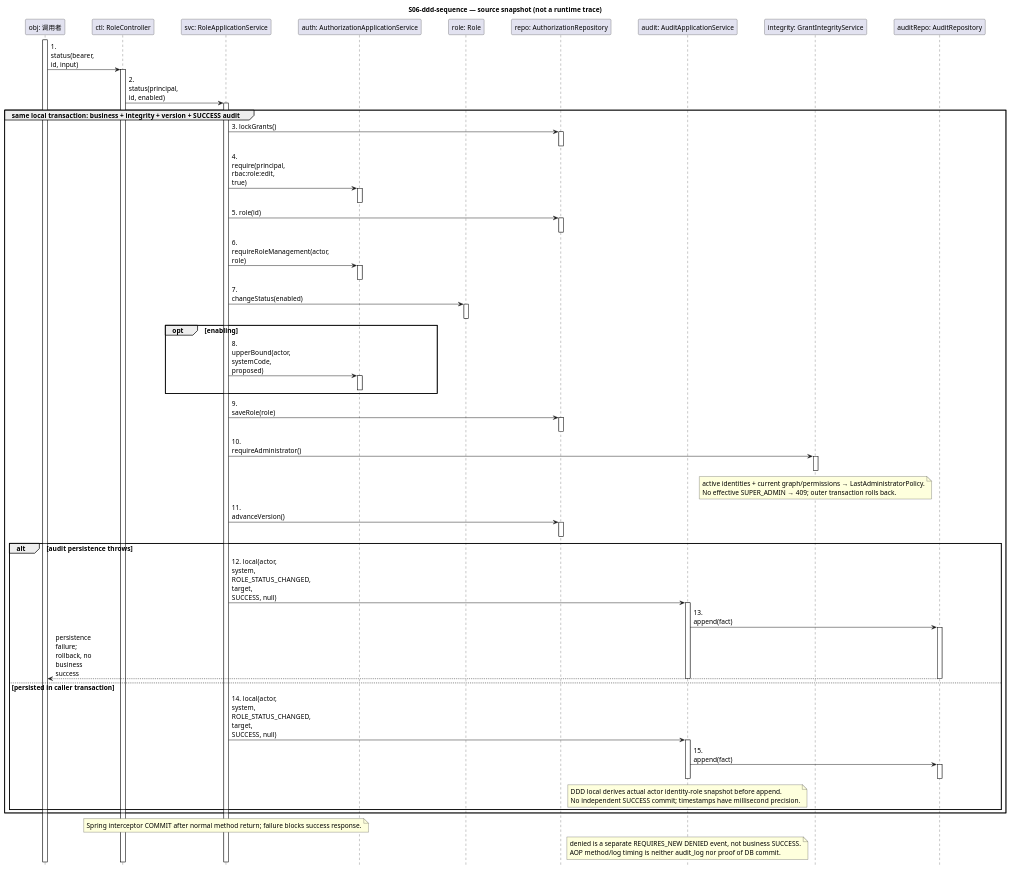
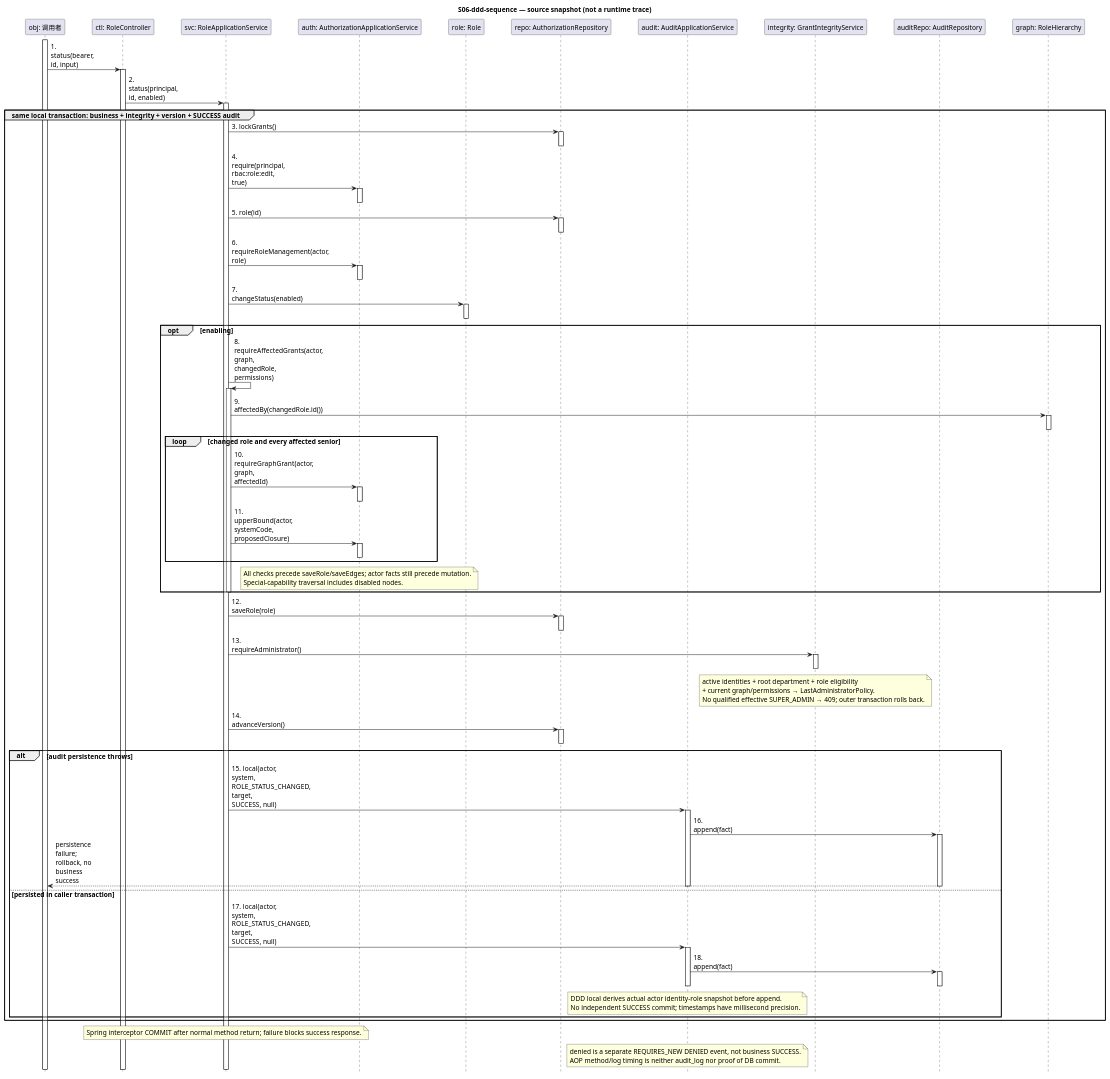
One commit to tang-new/OOAD changed the diagram in docs/design/S06-ddd-sequence.puml. Above: the diagram before and after it, drawn with PlantUML. The commit also changed 22 other files, not shown here.

Commit message:
[C/I5] docs: record scoped regression evidence and synchronize role diagrams

```diff
--- a/docs/design/S06-ddd-sequence.puml
+++ b/docs/design/S06-ddd-sequence.puml
@@ -1,89 +1,106 @@
 @startuml
 hide footbox
 skinparam defaultFontName Microsoft YaHei
 skinparam defaultFontSize 14
 skinparam ParticipantPadding 24
 skinparam BoxPadding 12
 skinparam sequenceMessageAlign left
 skinparam maxMessageSize 100
 title S06-ddd-sequence — source snapshot (not a runtime trace)
 participant "obj: 调用者" as obj
 participant "ctl: RoleController" as ctl
 participant "svc: RoleApplicationService" as svc
 participant "auth: AuthorizationApplicationService" as auth
 participant "role: Role" as role
 participant "repo: AuthorizationRepository" as repo
 participant "audit: AuditApplicationService" as audit
 participant "integrity: GrantIntegrityService" as integrity
 participant "auditRepo: AuditRepository" as auditRepo
+participant "graph: RoleHierarchy" as graph
 activate obj
 obj -> ctl: 1. status(bearer, id, input)
 activate ctl
 ctl -> svc: 2. status(principal, id, enabled)
 activate svc
 group same local transaction: business + integrity + version + SUCCESS audit
 svc -> repo: 3. lockGrants()
 activate repo
 deactivate repo
 svc -> auth: 4. require(principal, rbac:role:edit, true)
 activate auth
 deactivate auth
 svc -> repo: 5. role(id)
 activate repo
 deactivate repo
 svc -> auth: 6. requireRoleManagement(actor, role)
 activate auth
 deactivate auth
 svc -> role: 7. changeStatus(enabled)
 activate role
 deactivate role
 opt enabling
-svc -> auth: 8. upperBound(actor, systemCode, proposed)
+svc -> svc: 8. requireAffectedGrants(actor, graph, changedRole, permissions)
+activate svc
+svc -> graph: 9. affectedBy(changedRole.id())
+activate graph
+deactivate graph
+loop changed role and every affected senior
+svc -> auth: 10. requireGraphGrant(actor, graph, affectedId)
+activate auth
+deactivate auth
+svc -> auth: 11. upperBound(actor, systemCode, proposedClosure)
 activate auth
 deactivate auth
 end
-svc -> repo: 9. saveRole(role)
+note over auth
+All checks precede saveRole/saveEdges; actor facts still precede mutation.
+Special-capability traversal includes disabled nodes.
+end note
+deactivate svc
+end
+svc -> repo: 12. saveRole(role)
 activate repo
 deactivate repo
-svc -> integrity: 10. requireAdministrator()
+svc -> integrity: 13. requireAdministrator()
 activate integrity
 deactivate integrity
 note over integrity
-active identities + current graph/permissions → LastAdministratorPolicy.
-No effective SUPER_ADMIN → 409; outer transaction rolls back.
+active identities + root department + role eligibility
++ current graph/permissions → LastAdministratorPolicy.
+No qualified effective SUPER_ADMIN → 409; outer transaction rolls back.
 end note
-svc -> repo: 11. advanceVersion()
+svc -> repo: 14. advanceVersion()
 activate repo
 deactivate repo
 alt audit persistence throws
-svc -> audit: 12. local(actor, system, ROLE_STATUS_CHANGED, target, SUCCESS, null)
+svc -> audit: 15. local(actor, system, ROLE_STATUS_CHANGED, target, SUCCESS, null)
 activate audit
-audit -> auditRepo: 13. append(fact)
+audit -> auditRepo: 16. append(fact)
 activate auditRepo
 auditRepo --> obj: persistence failure; rollback, no business success
 deactivate auditRepo
 deactivate audit
 else persisted in caller transaction
-svc -> audit: 14. local(actor, system, ROLE_STATUS_CHANGED, target, SUCCESS, null)
+svc -> audit: 17. local(actor, system, ROLE_STATUS_CHANGED, target, SUCCESS, null)
 activate audit
-audit -> auditRepo: 15. append(fact)
+audit -> auditRepo: 18. append(fact)
 activate auditRepo
 deactivate auditRepo
 deactivate audit
 note over audit
 DDD local derives actual actor identity-role snapshot before append.
 No independent SUCCESS commit; timestamps have millisecond precision.
 end note
 end
 end
 note over svc
 Spring interceptor COMMIT after normal method return; failure blocks success response.
 end note
 note over audit
 denied is a separate REQUIRES_NEW DENIED event, not business SUCCESS.
 AOP method/log timing is neither audit_log nor proof of DB commit.
 end note
 deactivate svc
 deactivate ctl
 deactivate obj
 @enduml
```
